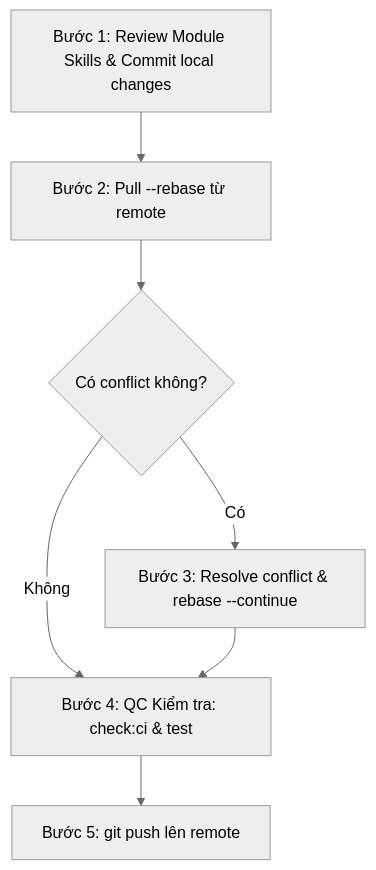
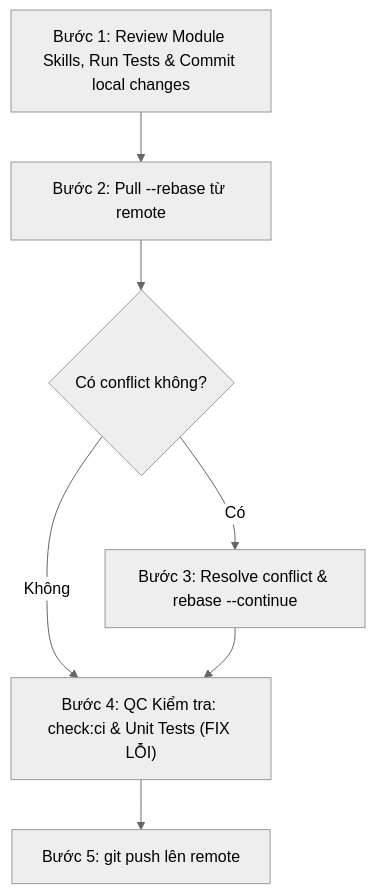
Before and after one commit to kindustries-erp/erp-web: the third of 3 diagrams in .agents/skills/erp-git-workflow/SKILL.md, drawn with Mermaid (neutral theme). The commit also changed other lines of this file, not shown here.

Commit message:
docs(workflow): cập nhật erp-git-workflow bắt buộc test trước khi commit và push

````diff
--- a/.agents/skills/erp-git-workflow/SKILL.md
+++ b/.agents/skills/erp-git-workflow/SKILL.md
@@ -148,9 +165,9 @@
 ```mermaid
 graph TD
-    S1["Bước 1: Review Module Skills & Commit local changes"] --> S2["Bước 2: Pull --rebase từ remote"]
+    S1["Bước 1: Review Module Skills, Run Tests & Commit local changes"] --> S2["Bước 2: Pull --rebase từ remote"]
     S2 --> S3{"Có conflict không?"}
     S3 -- Có --> S4["Bước 3: Resolve conflict & rebase --continue"]
-    S3 -- Không --> S5["Bước 4: QC Kiểm tra: check:ci & test"]
+    S3 -- Không --> S5["Bước 4: QC Kiểm tra: check:ci & Unit Tests (FIX LỖI)"]
     S4 --> S5
     S5 --> S6["Bước 5: git push lên remote"]
 ```
````
